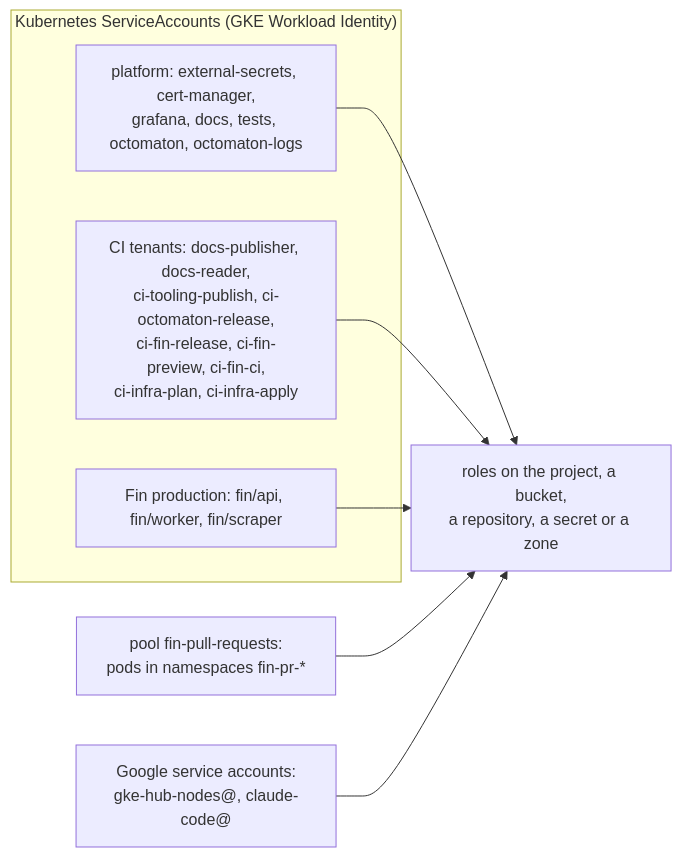
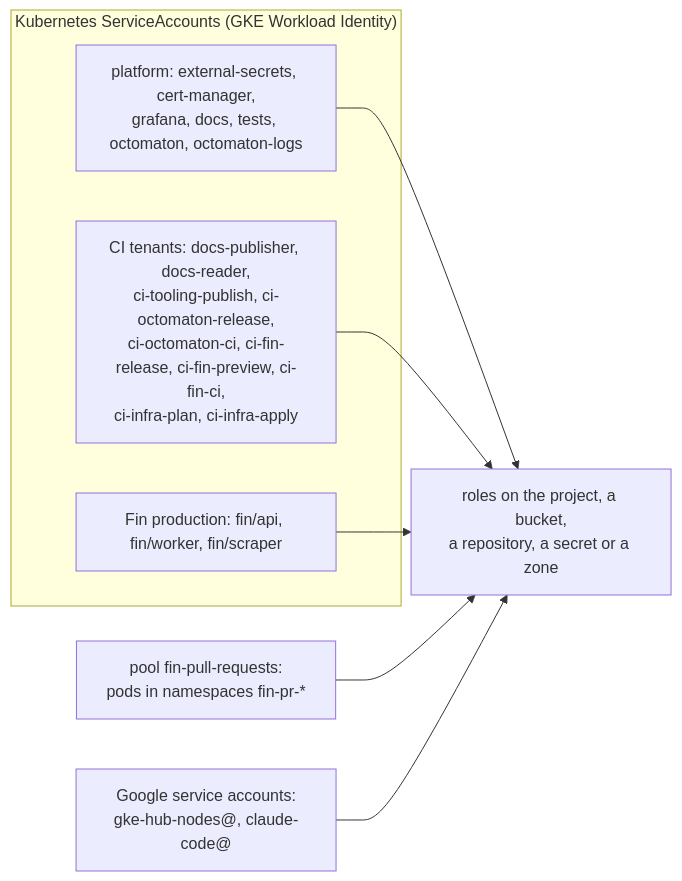
One commit to arikkfir-org/infra changed the second of 2 diagrams in docs/infra/terraform/gcp.md. Above: the diagram before and after it, drawn with Mermaid. The commit also changed other lines of this file and 2 other files, not shown here.

First line of the commit message:
feat(gcp): add Octomaton's CI cache bucket and its grants

````diff
--- a/docs/infra/terraform/gcp.md
+++ b/docs/infra/terraform/gcp.md
@@ -152,11 +153,11 @@
 ```mermaid
 flowchart LR
   subgraph k8s["Kubernetes ServiceAccounts (GKE Workload Identity)"]
     PLAT["platform: external-secrets, cert-manager,<br/>grafana, docs, tests, octomaton, octomaton-logs"]
-    TEN["CI tenants: docs-publisher, docs-reader,<br/>ci-tooling-publish, ci-octomaton-release,<br/>ci-fin-release, ci-fin-preview, ci-fin-ci,<br/>ci-infra-plan, ci-infra-apply"]
+    TEN["CI tenants: docs-publisher, docs-reader,<br/>ci-tooling-publish, ci-octomaton-release,<br/>ci-octomaton-ci, ci-fin-release, ci-fin-preview, ci-fin-ci,<br/>ci-infra-plan, ci-infra-apply"]
     FINP["Fin production: fin/api, fin/worker, fin/scraper"]
   end
   POOL["pool fin-pull-requests:<br/>pods in namespaces fin-pr-*"]
   GSA["Google service accounts:<br/>gke-hub-nodes@, claude-code@"]
   PLAT & TEN & FINP & POOL & GSA --> R["roles on the project, a bucket,<br/>a repository, a secret or a zone"]
 ```
````
